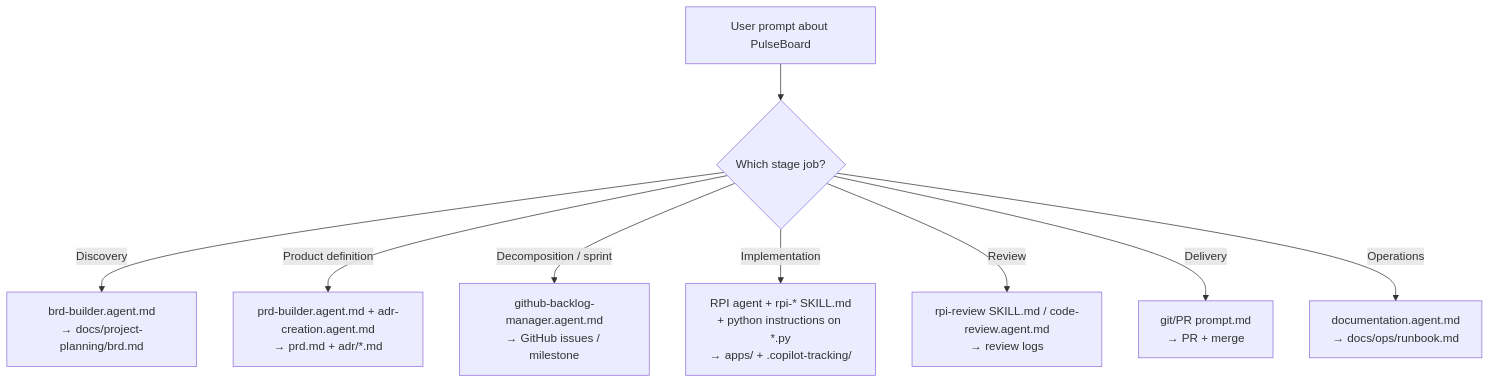
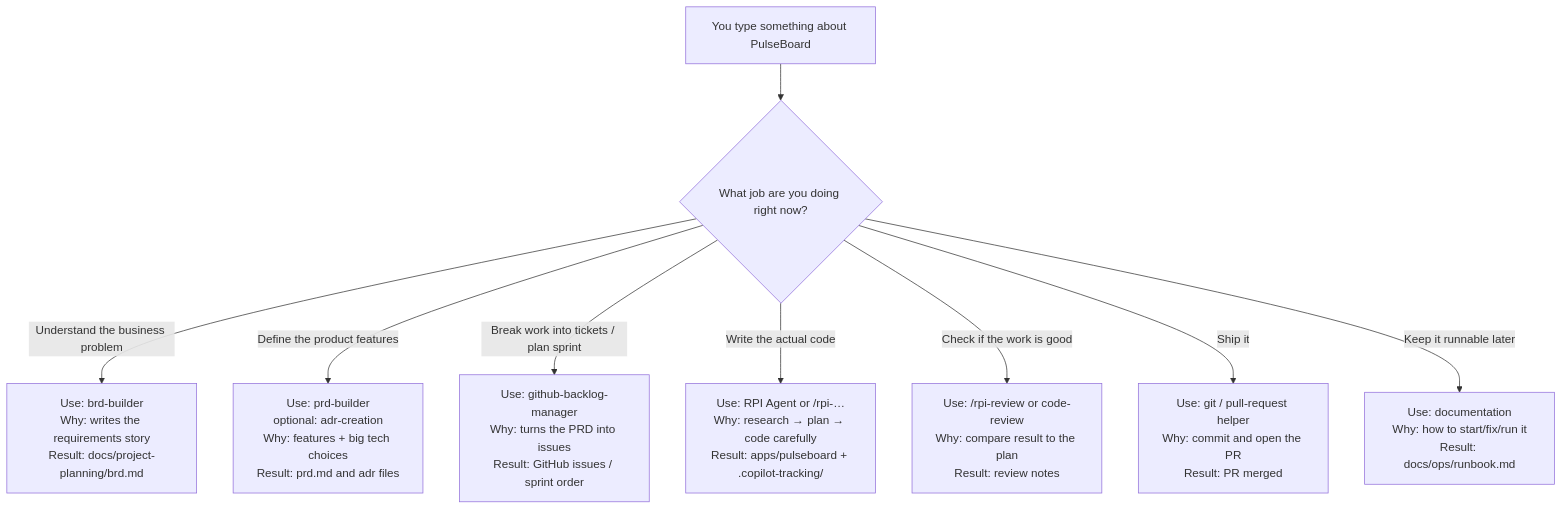
The diagram in docs/course/agent-stage-map.md (AbhranilGit/HVE-Core-Course), drawn with Mermaid before and after one commit. The commit also changed other lines of this file, not shown here.

Commit message:
Simplify HVE architecture to crisp layman side-by-side flow

````diff
--- a/docs/course/agent-stage-map.md
+++ b/docs/course/agent-stage-map.md
@@ -610,11 +318,18 @@
 ```mermaid
 flowchart TB
-    Q["User prompt about PulseBoard"] --> ST{"Which stage job?"}
-    ST -->|Discovery| F2["brd-builder.agent.md<br/>→ docs/project-planning/brd.md"]
-    ST -->|Product definition| F3["prd-builder.agent.md + adr-creation.agent.md<br/>→ prd.md + adr/*.md"]
-    ST -->|Decomposition / sprint| F45["github-backlog-manager.agent.md<br/>→ GitHub issues / milestone"]
-    ST -->|Implementation| F6["RPI agent + rpi-* SKILL.md<br/>+ python instructions on *.py<br/>→ apps/ + .copilot-tracking/"]
-    ST -->|Review| F7["rpi-review SKILL.md / code-review.agent.md<br/>→ review logs"]
-    ST -->|Delivery| F8["git/PR prompt.md<br/>→ PR + merge"]
-    ST -->|Operations| F9["documentation.agent.md<br/>→ docs/ops/runbook.md"]
+    Q["You type something about PulseBoard"] --> ST{"What job are you doing right now?"}
+
+    ST -->|Understand the business problem| F2["Use: brd-builder<br/>Why: writes the requirements story<br/>Result: docs/project-planning/brd.md"]
+
+    ST -->|Define the product features| F3["Use: prd-builder<br/>optional: adr-creation<br/>Why: features + big tech choices<br/>Result: prd.md and adr files"]
+
+    ST -->|Break work into tickets / plan sprint| F45["Use: github-backlog-manager<br/>Why: turns the PRD into issues<br/>Result: GitHub issues / sprint order"]
+
+    ST -->|Write the actual code| F6["Use: RPI Agent or /rpi-…<br/>Why: research → plan → code carefully<br/>Result: apps/pulseboard + .copilot-tracking/"]
+
+    ST -->|Check if the work is good| F7["Use: /rpi-review or code-review<br/>Why: compare result to the plan<br/>Result: review notes"]
+
+    ST -->|Ship it| F8["Use: git / pull-request helper<br/>Why: commit and open the PR<br/>Result: PR merged"]
+
+    ST -->|Keep it runnable later| F9["Use: documentation<br/>Why: how to start/fix/run it<br/>Result: docs/ops/runbook.md"]
 ```
````
